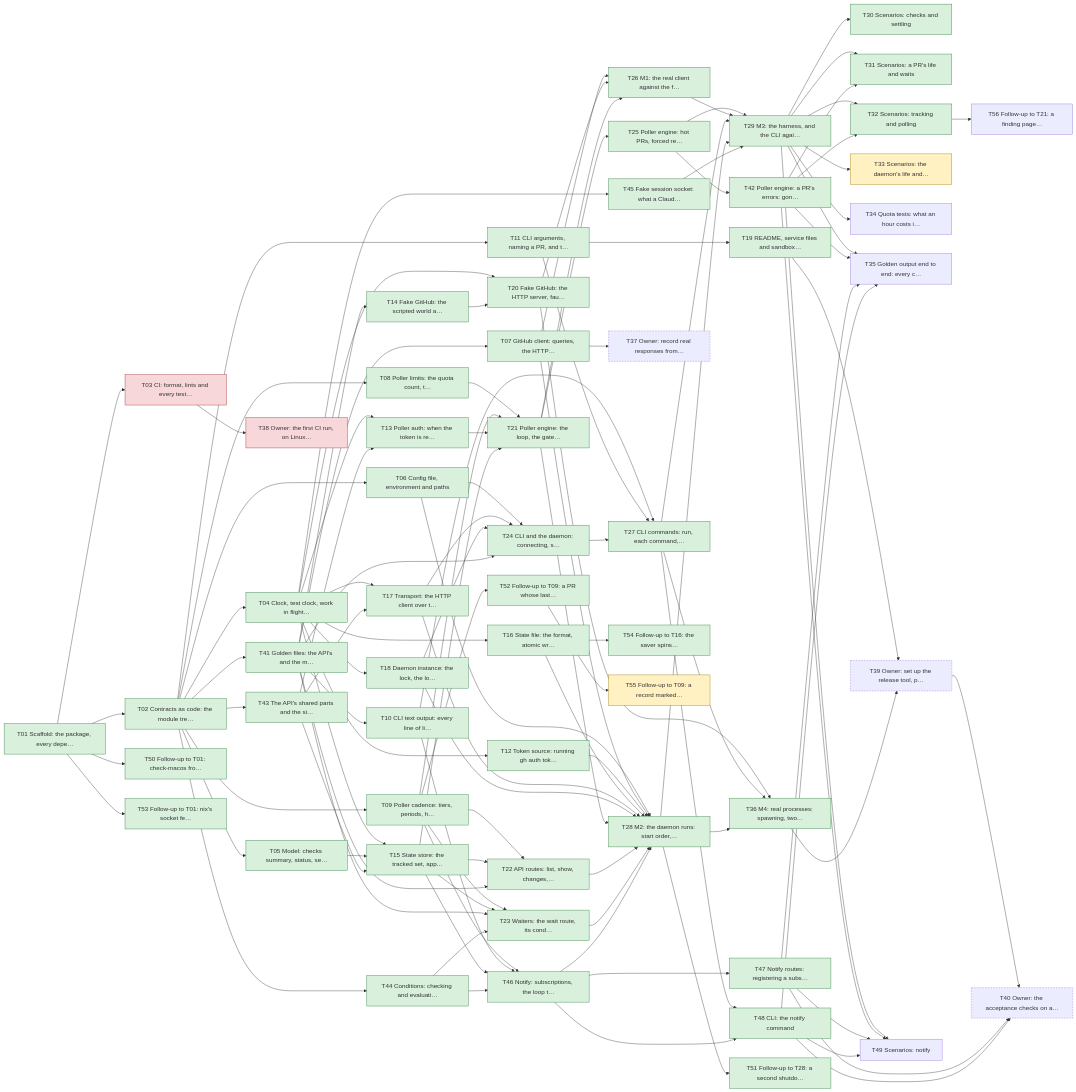
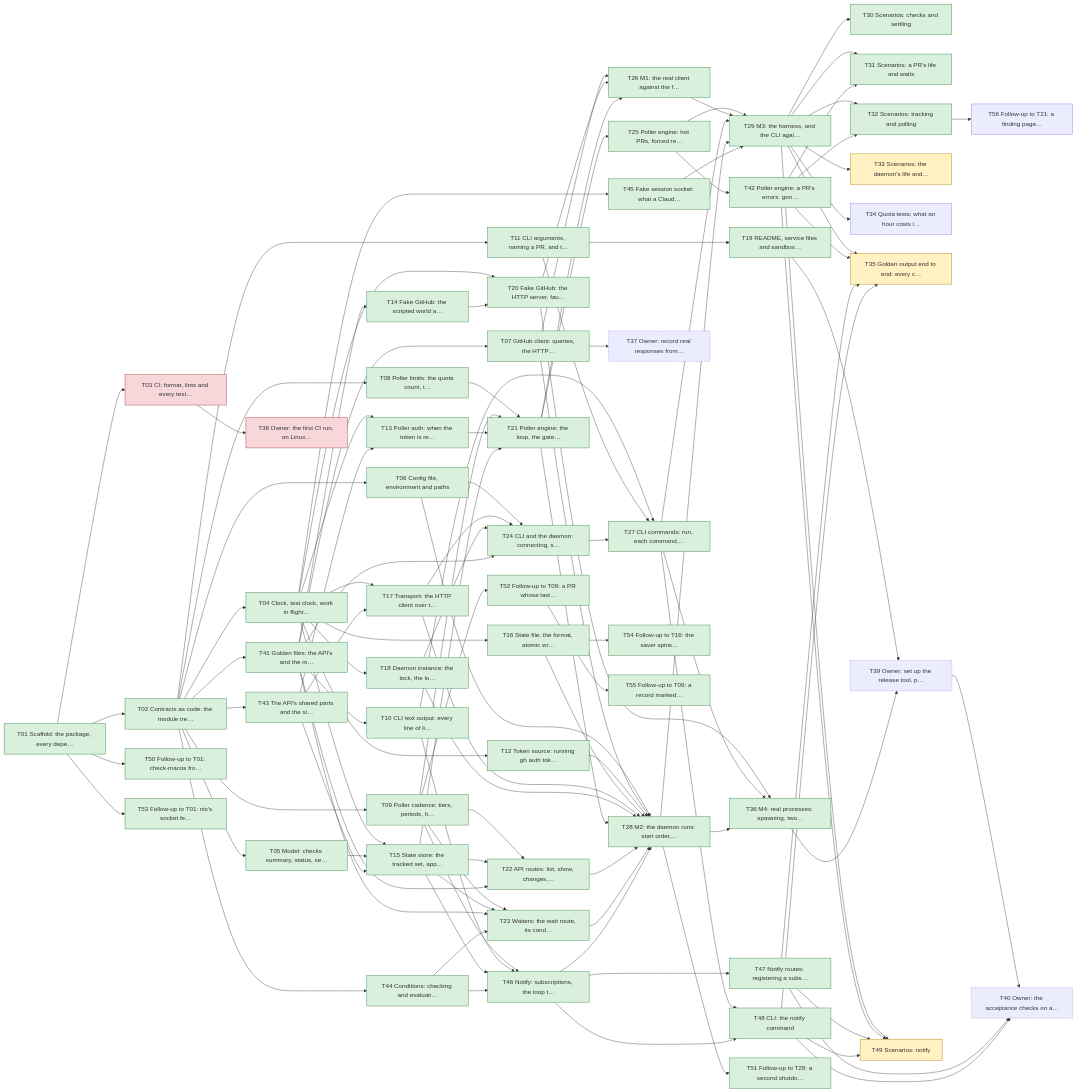
Before and after one commit to yachiko/circitor: the diagram in plan/README.md, drawn with Mermaid. The commit also changed other lines of this file and 4 other files, not shown here.

Commit message:
Record T55 as done

```diff
--- a/plan/README.md
+++ b/plan/README.md
@@ -177,7 +177,7 @@
   T32["T32 Scenarios: tracking and polling"]:::done
   T33["T33 Scenarios: the daemon's life and…"]:::active
   T34["T34 Quota tests: what an hour costs i…"]
-  T35["T35 Golden output end to end: every c…"]
+  T35["T35 Golden output end to end: every c…"]:::active
   T36["T36 M4: real processes: spawning, two…"]:::done
   T37["T37 Owner: record real responses from…"]:::manual
   T38["T38 Owner: the first CI run, on Linux…"]:::blocked
@@ -191,13 +191,13 @@
   T46["T46 Notify: subscriptions, the loop t…"]:::done
   T47["T47 Notify routes: registering a subs…"]:::done
   T48["T48 CLI: the notify command"]:::done
-  T49["T49 Scenarios: notify"]
+  T49["T49 Scenarios: notify"]:::active
   T50["T50 Follow-up to T01: check-macos fro…"]:::done
   T51["T51 Follow-up to T28: a second shutdo…"]:::done
   T52["T52 Follow-up to T09: a PR whose last…"]:::done
   T53["T53 Follow-up to T01: nix's socket fe…"]:::done
   T54["T54 Follow-up to T16: the saver spins…"]:::done
-  T55["T55 Follow-up to T09: a record marked…"]:::active
+  T55["T55 Follow-up to T09: a record marked…"]:::done
   T56["T56 Follow-up to T21: a finding page…"]
   T01 --> T02
   T01 --> T03
```
